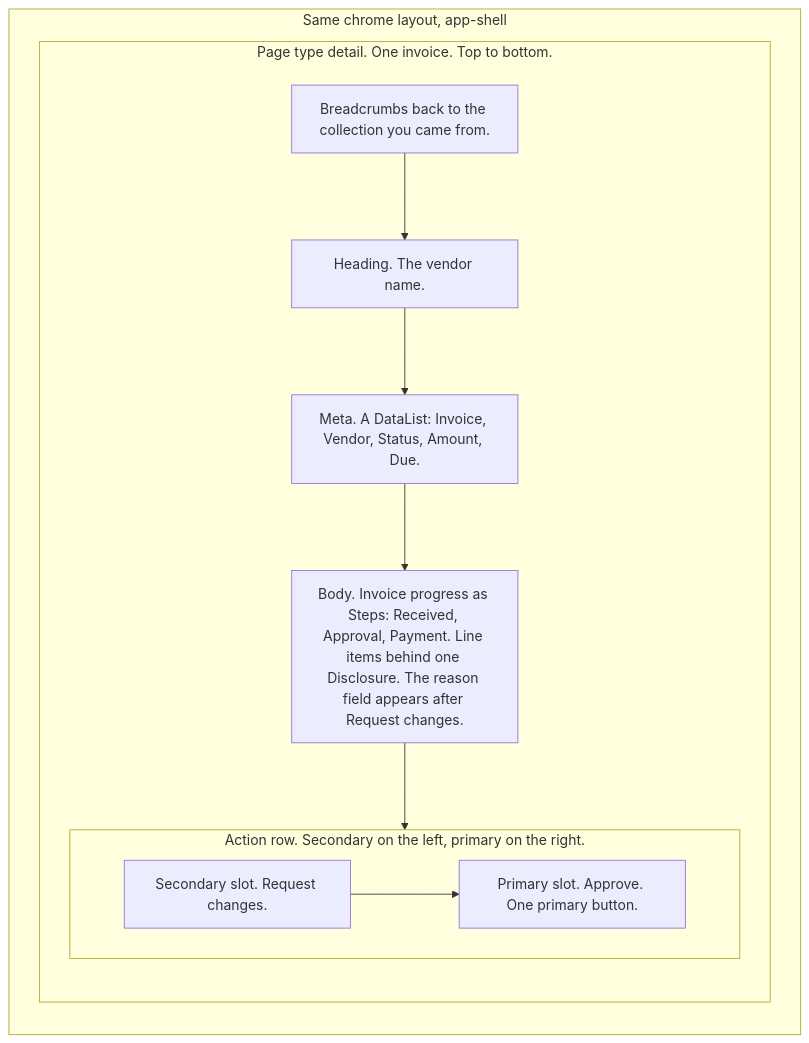
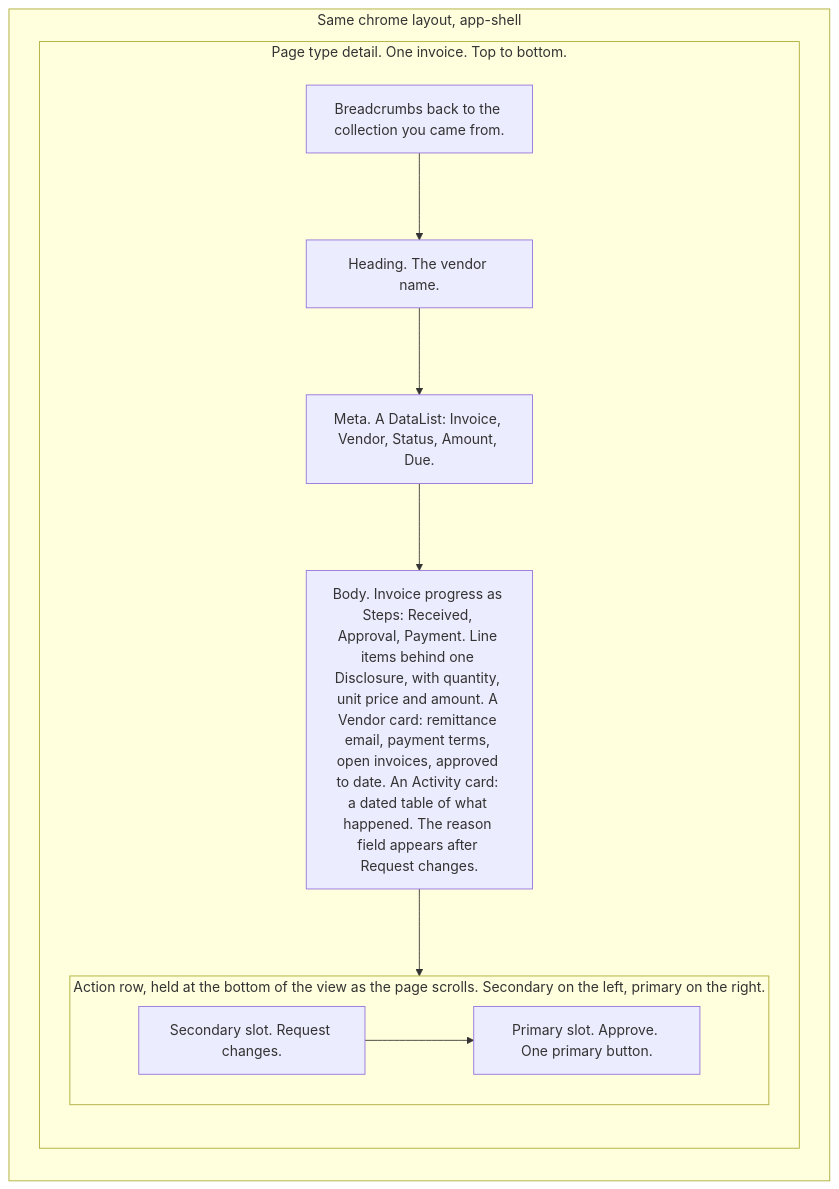
One commit to tounsoo/agent-design-loop changed the second of 5 diagrams in products/meridian/docs/how-it-works.md. Above: the diagram before and after it, drawn with Mermaid. The commit also changed 28 other files, not shown here.

First line of the commit message:
Add vendor and activity sections to the Meridian invoice page

````diff
--- a/products/meridian/docs/how-it-works.md
+++ b/products/meridian/docs/how-it-works.md
@@ -71,20 +71,20 @@
 ```mermaid
 flowchart TB
   subgraph shell ["Same chrome layout, app-shell"]
     direction TB
     subgraph detail ["Page type detail. One invoice. Top to bottom."]
       direction TB
       crumbs["Breadcrumbs back to the collection you came from."]
       heading["Heading. The vendor name."]
       meta["Meta. A DataList: Invoice, Vendor, Status, Amount, Due."]
-      body["Body. Invoice progress as Steps: Received, Approval, Payment. Line items behind one Disclosure. The reason field appears after Request changes."]
-      subgraph actions ["Action row. Secondary on the left, primary on the right."]
+      body["Body. Invoice progress as Steps: Received, Approval, Payment. Line items behind one Disclosure, with quantity, unit price and amount. A Vendor card: remittance email, payment terms, open invoices, approved to date. An Activity card: a dated table of what happened. The reason field appears after Request changes."]
+      subgraph actions ["Action row, held at the bottom of the view as the page scrolls. Secondary on the left, primary on the right."]
         direction LR
         secondary["Secondary slot. Request changes."]
         primary["Primary slot. Approve. One primary button."]
         secondary --> primary
       end
       crumbs --> heading --> meta --> body --> actions
     end
   end
 ```
````
